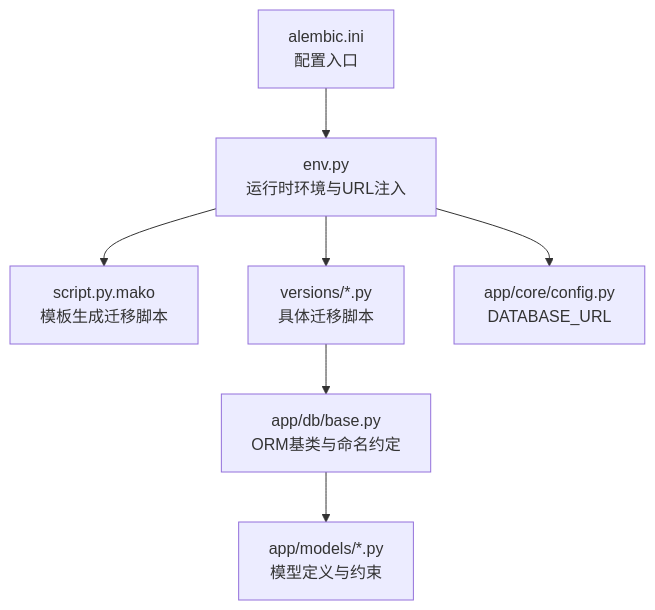
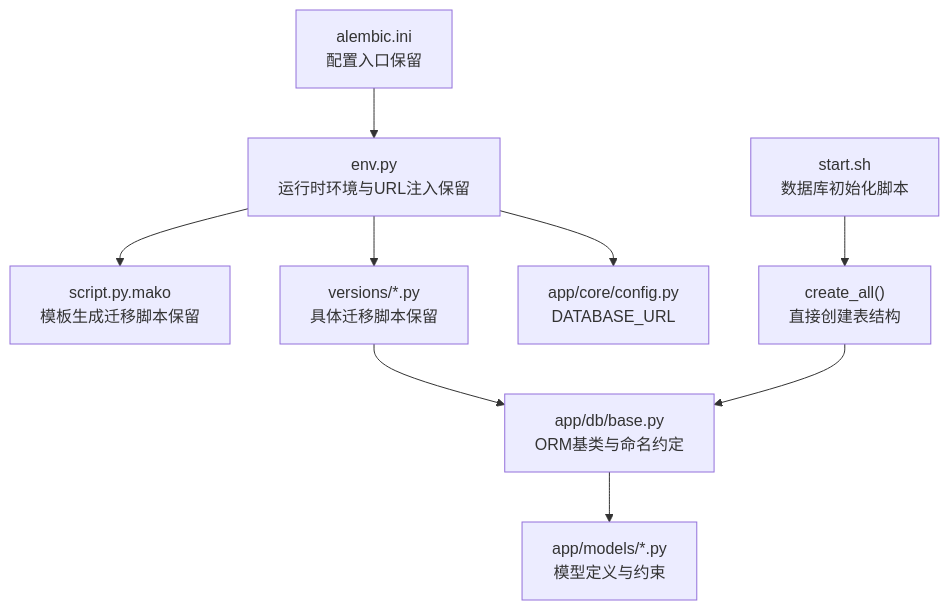
Before and after one commit to Miyuan2018/ruicheng-edu-system: the first of 3 diagrams in .qoder/repowiki/zh/content/数据库设计/数据库迁移管理.md, drawn with Mermaid. The commit also changed other lines of this file and 4 other files, not shown here.

````diff
--- a/.qoder/repowiki/zh/content/数据库设计/数据库迁移管理.md
+++ b/.qoder/repowiki/zh/content/数据库设计/数据库迁移管理.md
@@ -44,9 +54,11 @@
 ```mermaid
 graph TB
-A["alembic.ini<br/>配置入口"] --> B["env.py<br/>运行时环境与URL注入"]
-B --> C["script.py.mako<br/>模板生成迁移脚本"]
-B --> D["versions/*.py<br/>具体迁移脚本"]
+A["alembic.ini<br/>配置入口保留"] --> B["env.py<br/>运行时环境与URL注入保留"]
+B --> C["script.py.mako<br/>模板生成迁移脚本保留"]
+B --> D["versions/*.py<br/>具体迁移脚本保留"]
 D --> E["app/db/base.py<br/>ORM基类与命名约定"]
 E --> F["app/models/*.py<br/>模型定义与约束"]
 B --> G["app/core/config.py<br/>DATABASE_URL"]
+H["start.sh<br/>数据库初始化脚本"] --> I["create_all()<br/>直接创建表结构"]
+I --> E
 ```
````
